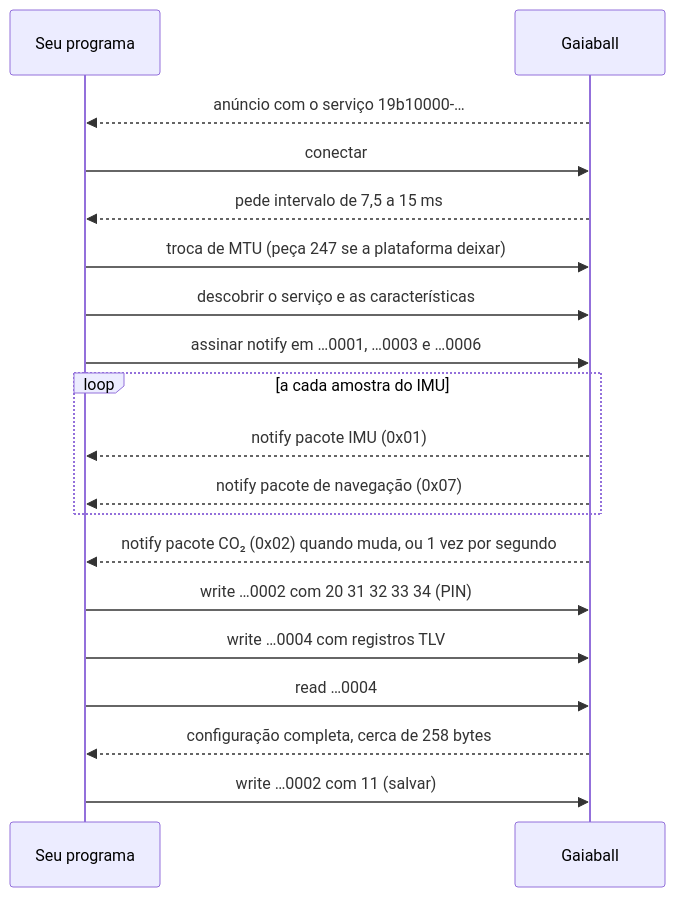
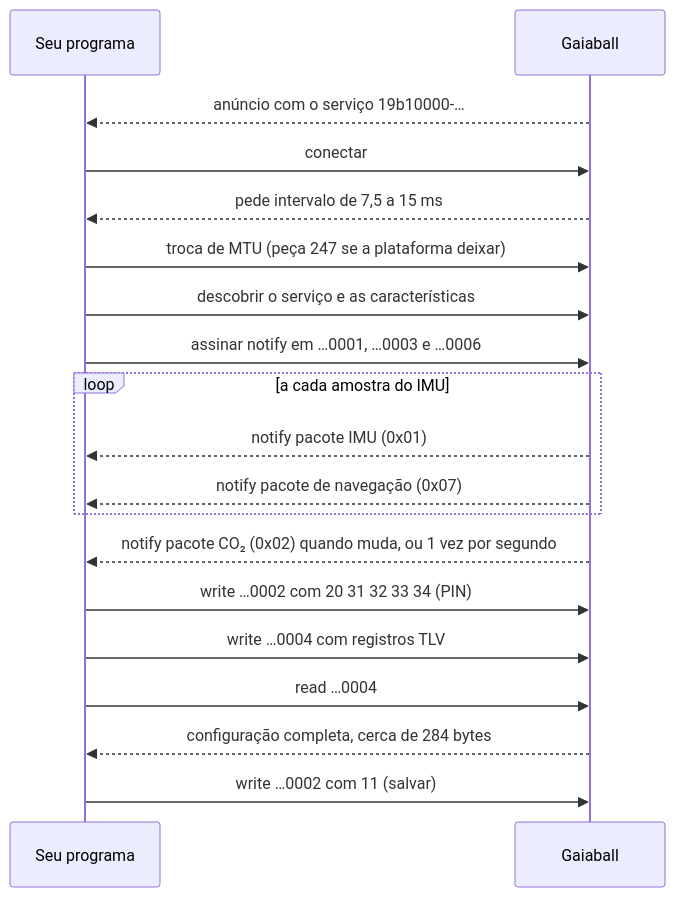
The third of 3 diagrams in docs/protocolo-ble.md (GaiaSenses/gaiaball), drawn with Mermaid before and after one commit. The commit also changed other lines of this file and 5 other files, not shown here.

````diff
--- a/docs/protocolo-ble.md
+++ b/docs/protocolo-ble.md
@@ -1062,21 +1079,21 @@
 ```mermaid
 sequenceDiagram
   participant C as Seu programa
   participant B as Gaiaball
   B-->>C: anúncio com o serviço 19b10000-…
   C->>B: conectar
   B-->>C: pede intervalo de 7,5 a 15 ms
   C->>B: troca de MTU (peça 247 se a plataforma deixar)
   C->>B: descobrir o serviço e as características
   C->>B: assinar notify em …0001, …0003 e …0006
   loop a cada amostra do IMU
     B-->>C: notify pacote IMU (0x01)
     B-->>C: notify pacote de navegação (0x07)
   end
   B-->>C: notify pacote CO₂ (0x02) quando muda, ou 1 vez por segundo
   C->>B: write …0002 com 20 31 32 33 34 (PIN)
   C->>B: write …0004 com registros TLV
   C->>B: read …0004
-  B-->>C: configuração completa, cerca de 258 bytes
+  B-->>C: configuração completa, cerca de 284 bytes
   C->>B: write …0002 com 11 (salvar)
 ```
````
